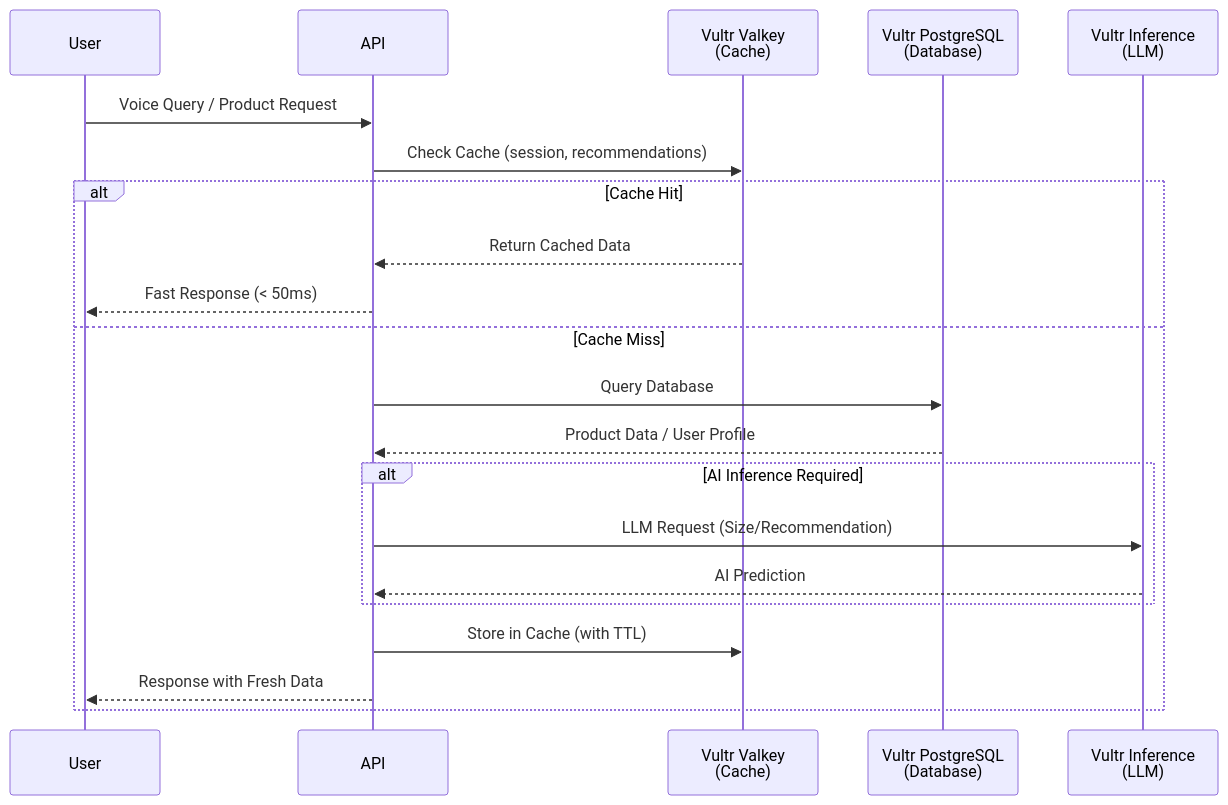
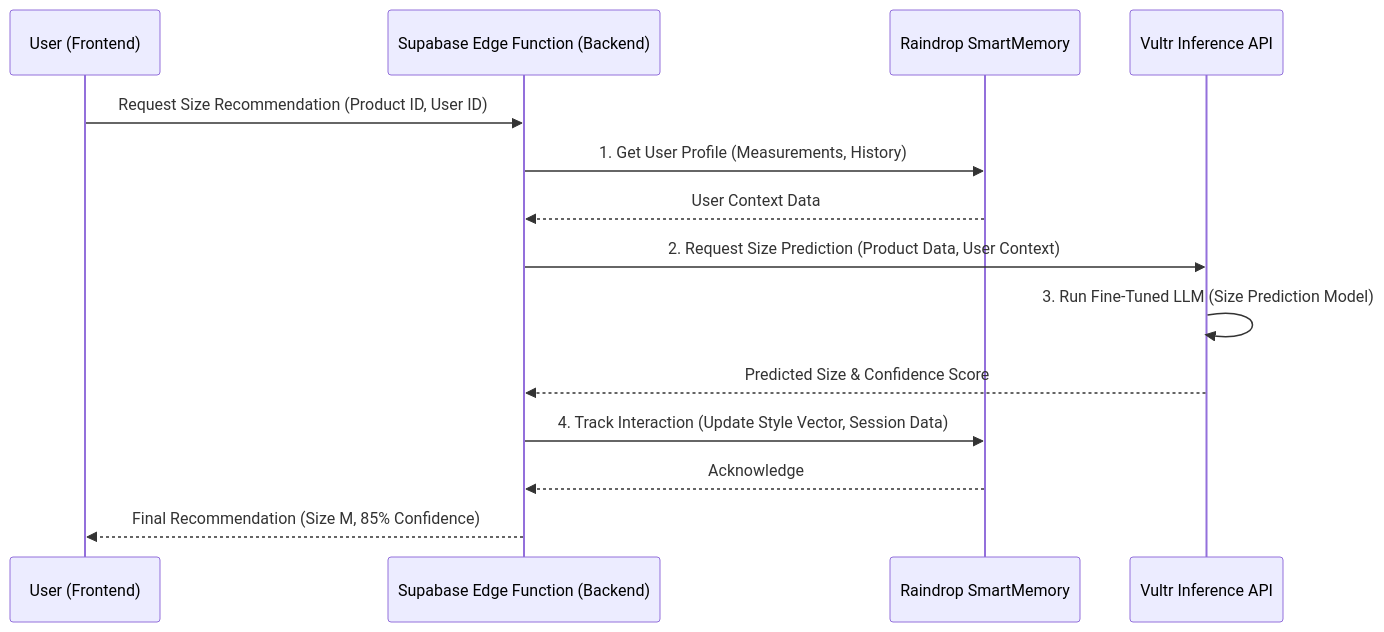
The second of 2 diagrams in README.md (lucylow/style-shepherd-final), drawn with Mermaid before and after one commit. The commit also changed other lines of this file and 22 other files, not shown here.

````diff
--- a/README.md
+++ b/README.md
@@ -1002,27 +54,17 @@
 ```mermaid
 sequenceDiagram
-    participant User
-    participant API
-    participant Valkey as Vultr Valkey<br/>(Cache)
-    participant PG as Vultr PostgreSQL<br/>(Database)
-    participant Inference as Vultr Inference<br/>(LLM)
-    
-    User->>API: Voice Query / Product Request
-    API->>Valkey: Check Cache (session, recommendations)
-    
-    alt Cache Hit
-        Valkey-->>API: Return Cached Data
-        API-->>User: Fast Response (< 50ms)
-    else Cache Miss
-        API->>PG: Query Database
-        PG-->>API: Product Data / User Profile
-        
-        alt AI Inference Required
-            API->>Inference: LLM Request (Size/Recommendation)
-            Inference-->>API: AI Prediction
-        end
-        
-        API->>Valkey: Store in Cache (with TTL)
-        API-->>User: Response with Fresh Data
-    end
+    participant U as User (Frontend)
+    participant S as Supabase Edge Function (Backend)
+    participant R as Raindrop SmartMemory
+    participant V as Vultr Inference API
+
+    U->>S: Request Size Recommendation (Product ID, User ID)
+    S->>R: 1. Get User Profile (Measurements, History)
+    R-->>S: User Context Data
+    S->>V: 2. Request Size Prediction (Product Data, User Context)
+    V->>V: 3. Run Fine-Tuned LLM (Size Prediction Model)
+    V-->>S: Predicted Size & Confidence Score
+    S->>R: 4. Track Interaction (Update Style Vector, Session Data)
+    R-->>S: Acknowledge
+    S-->>U: Final Recommendation (Size M, 85% Confidence)
 ```
````
